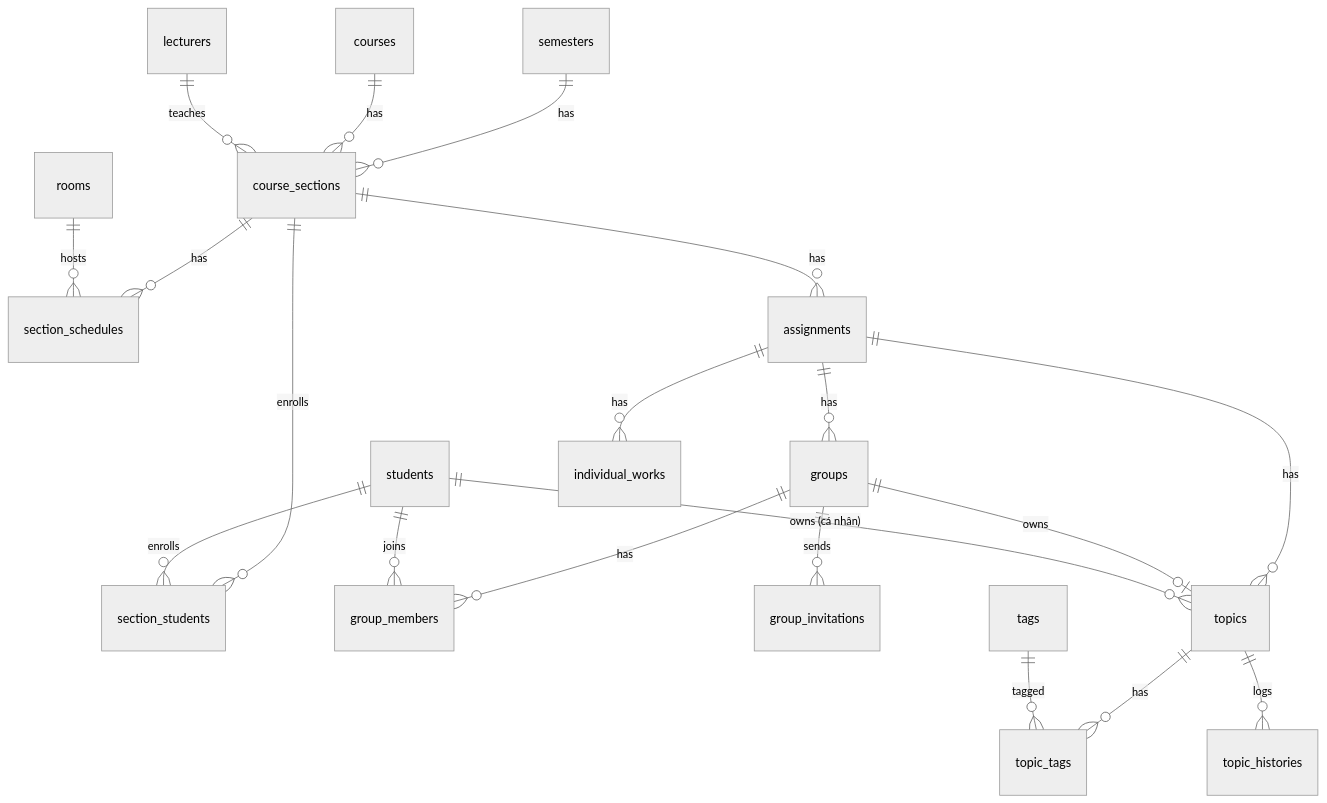
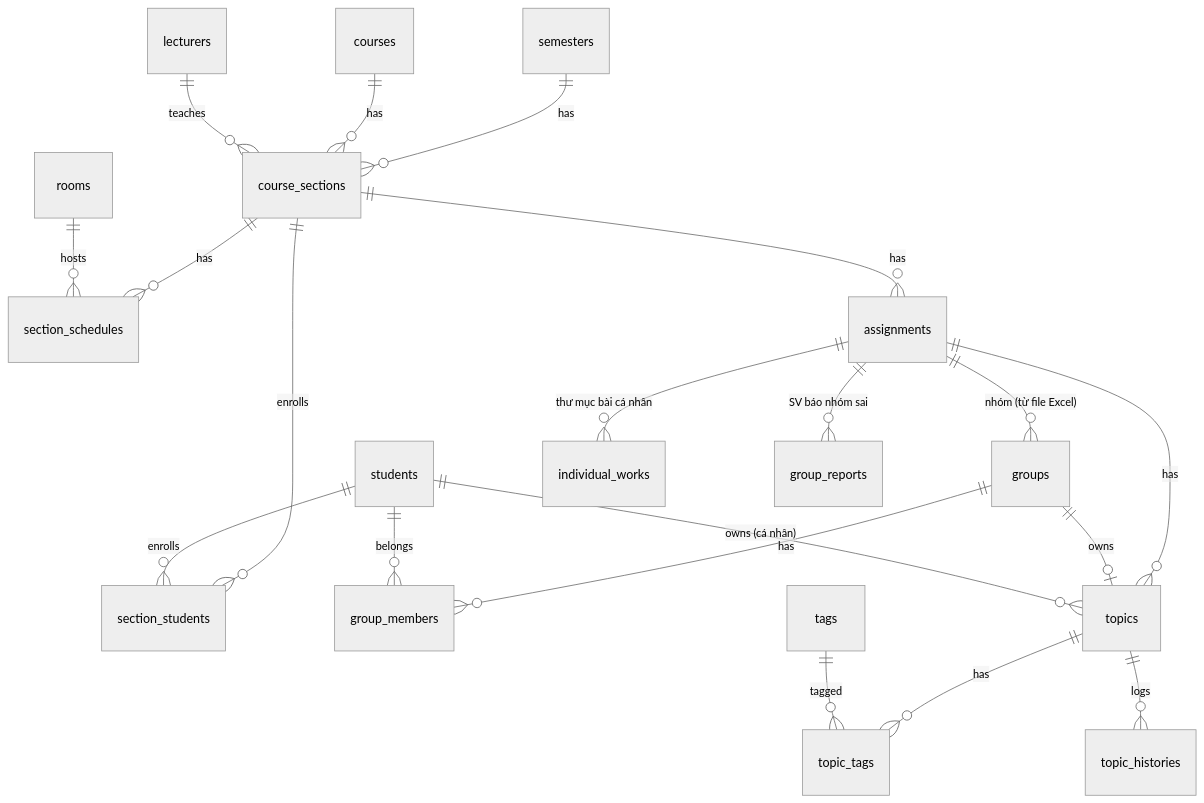
The second of 4 diagrams in docs/DatabaseDesign.md (Tuaanss/-ATN), drawn with Mermaid (neutral theme) before and after one commit. The commit also changed other lines of this file and 165 other files, not shown here.

````diff
--- a/docs/DatabaseDesign.md
+++ b/docs/DatabaseDesign.md
@@ -49,22 +50,22 @@
 ```mermaid
 erDiagram
   semesters ||--o{ course_sections : has
   courses ||--o{ course_sections : has
   lecturers ||--o{ course_sections : teaches
   course_sections ||--o{ section_schedules : has
   rooms ||--o{ section_schedules : hosts
   course_sections ||--o{ section_students : enrolls
   students ||--o{ section_students : enrolls
   course_sections ||--o{ assignments : has
-  assignments ||--o{ groups : has
+  assignments ||--o{ groups : "nhóm (từ file Excel)"
   groups ||--o{ group_members : has
-  students ||--o{ group_members : joins
-  groups ||--o{ group_invitations : sends
-  assignments ||--o{ individual_works : has
+  students ||--o{ group_members : belongs
+  assignments ||--o{ individual_works : "thư mục bài cá nhân"
+  assignments ||--o{ group_reports : "SV báo nhóm sai"
   assignments ||--o{ topics : has
   groups ||--o| topics : owns
   students ||--o{ topics : "owns (cá nhân)"
   topics ||--o{ topic_tags : has
   tags ||--o{ topic_tags : tagged
   topics ||--o{ topic_histories : logs
 ```
````
